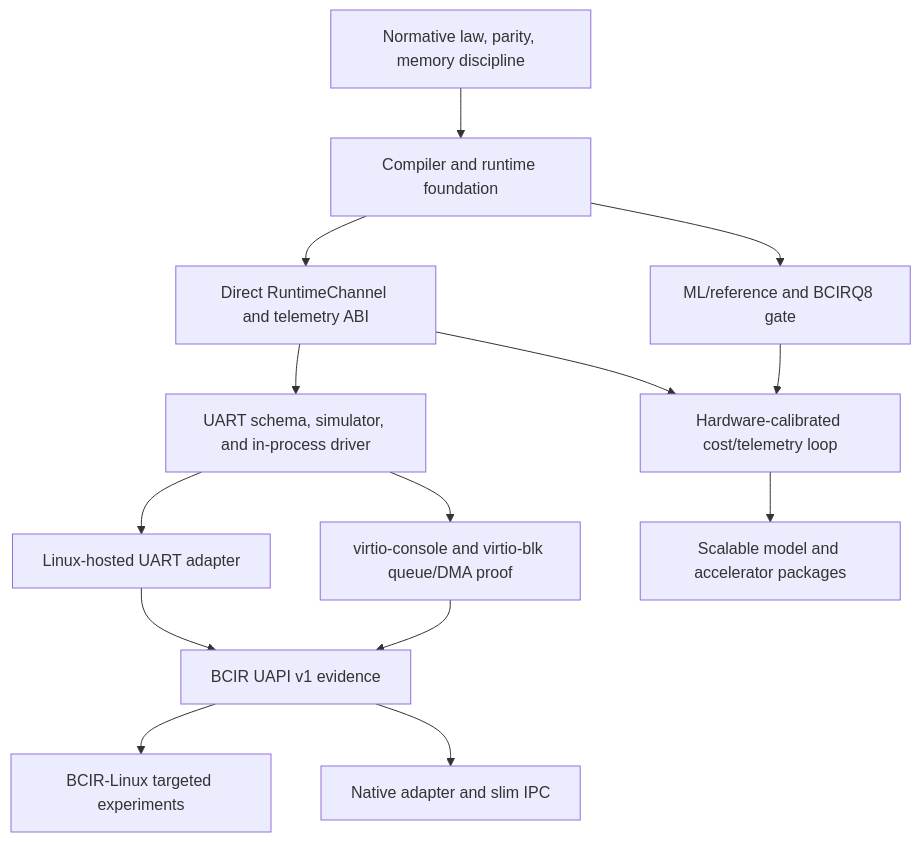
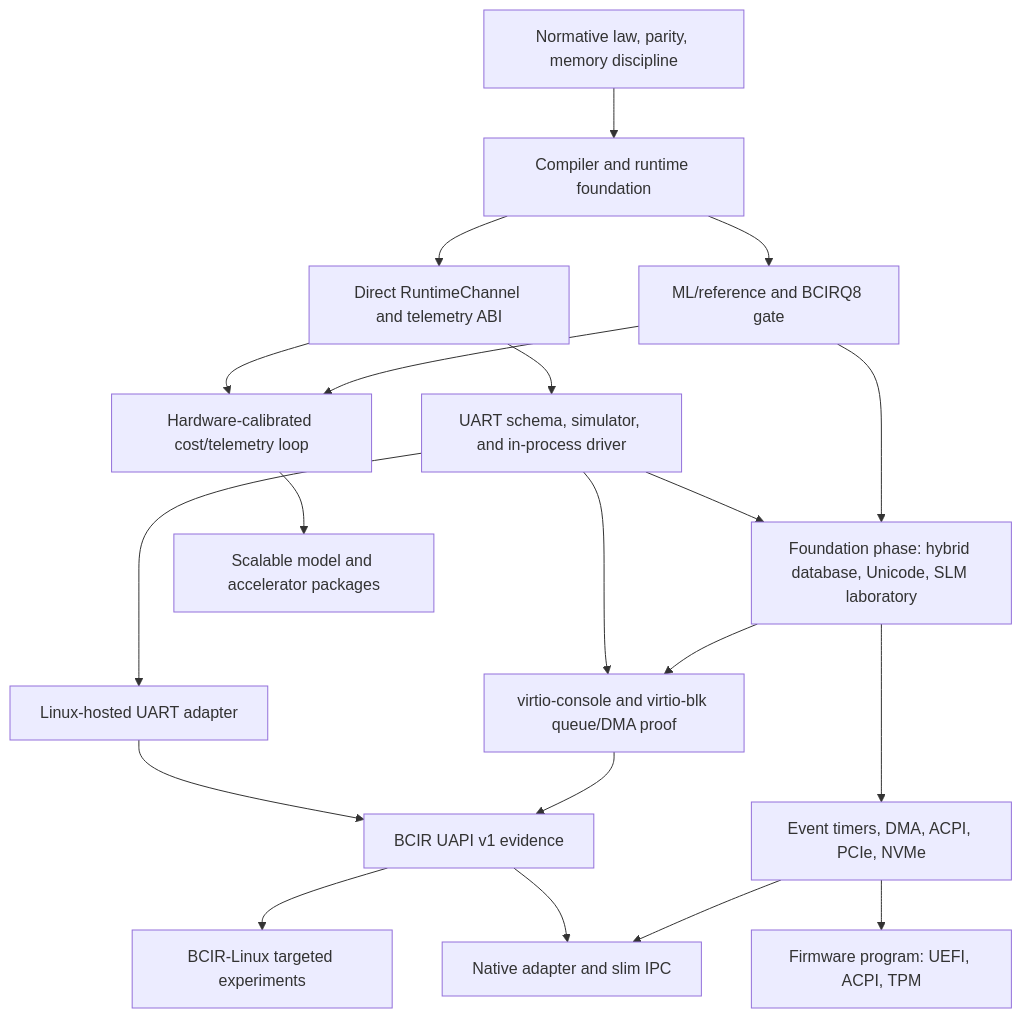
The diagram in docs/BCIR_MASTER_ROADMAP.md (Mecca-Research/Binary-Correspondence-Intermediate-Representation), drawn with Mermaid before and after one commit. The commit also changed other lines of this file and 3 other files, not shown here.

````diff
--- a/docs/BCIR_MASTER_ROADMAP.md
+++ b/docs/BCIR_MASTER_ROADMAP.md
@@ -98,16 +98,22 @@
 ```mermaid
 flowchart TD
     A["Normative law, parity, memory discipline"] --> B["Compiler and runtime foundation"]
     B --> C["Direct RuntimeChannel and telemetry ABI"]
     C --> D["UART schema, simulator, and in-process driver"]
     D --> E["Linux-hosted UART adapter"]
     D --> F["virtio-console and virtio-blk queue/DMA proof"]
     E --> G["BCIR UAPI v1 evidence"]
     F --> G
     G --> H["BCIR-Linux targeted experiments"]
     G --> I["Native adapter and slim IPC"]
+    D --> P["Foundation phase: hybrid database, Unicode, SLM laboratory"]
+    P --> F
+    P --> T["Event timers, DMA, ACPI, PCIe, NVMe"]
+    T --> I
+    T --> U["Firmware program: UEFI, ACPI, TPM"]
     B --> J["ML/reference and BCIRQ8 gate"]
+    J --> P
     C --> K["Hardware-calibrated cost/telemetry loop"]
     J --> K
     K --> L["Scalable model and accelerator packages"]
 ```
````
